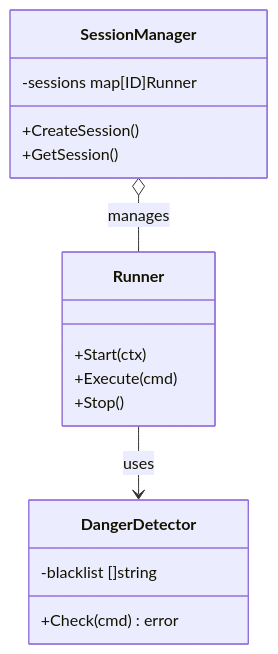
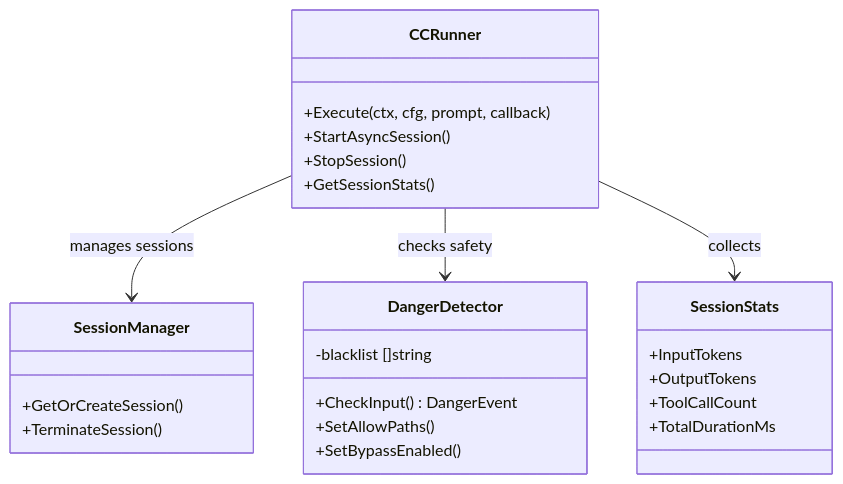
One commit to 88lin/divinesense changed the diagram in ai/agents/runner/README.md. Above: the diagram before and after it, drawn with Mermaid. The commit also changed other lines of this file and 27 other files, not shown here.

````diff
--- a/ai/agents/runner/README.md
+++ b/ai/agents/runner/README.md
@@ -24,20 +30,29 @@
 ```mermaid
 classDiagram
-    class Runner {
-        +Start(ctx)
-        +Execute(cmd)
-        +Stop()
+    class CCRunner {
+        +Execute(ctx, cfg, prompt, callback)
+        +StartAsyncSession()
+        +StopSession()
+        +GetSessionStats()
+    }
+    class SessionManager {
+        +GetOrCreateSession()
+        +TerminateSession()
     }
     class DangerDetector {
         -blacklist []string
-        +Check(cmd) error
+        +CheckInput() DangerEvent
+        +SetAllowPaths()
+        +SetBypassEnabled()
     }
-    class SessionManager {
-        -sessions map[ID]Runner
-        +CreateSession()
-        +GetSession()
+    class SessionStats {
+        +InputTokens
+        +OutputTokens
+        +ToolCallCount
+        +TotalDurationMs
     }
-    
-    Runner --> DangerDetector : uses
-    SessionManager o-- Runner : manages
+
+    CCRunner --> SessionManager : manages sessions
+    CCRunner --> DangerDetector : checks safety
+    CCRunner --> SessionStats : collects
 ```
````
